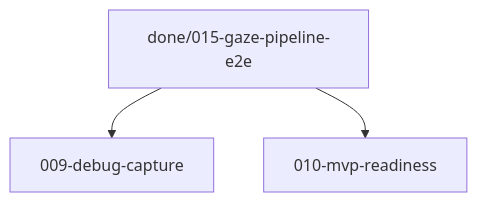
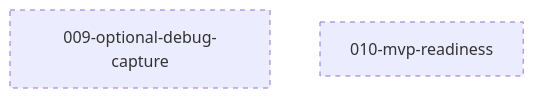
Before and after one commit to kkkamur07/eye-window: the diagram in issues/dag.md, drawn with Mermaid. The commit also changed other lines of this file and 34 other files, not shown here.

````diff
--- a/issues/dag.md
+++ b/issues/dag.md
@@ -21,5 +20,6 @@
 ```mermaid
 flowchart TD
-  i015["done/015-gaze-pipeline-e2e"] --> i009["009-debug-capture"]
-  i015 --> i010["010-mvp-readiness"]
+  i009["009-optional-debug-capture"]:::superseded
+  i010["010-mvp-readiness"]:::superseded
+  classDef superseded stroke-dasharray: 5 5
 ```
````
